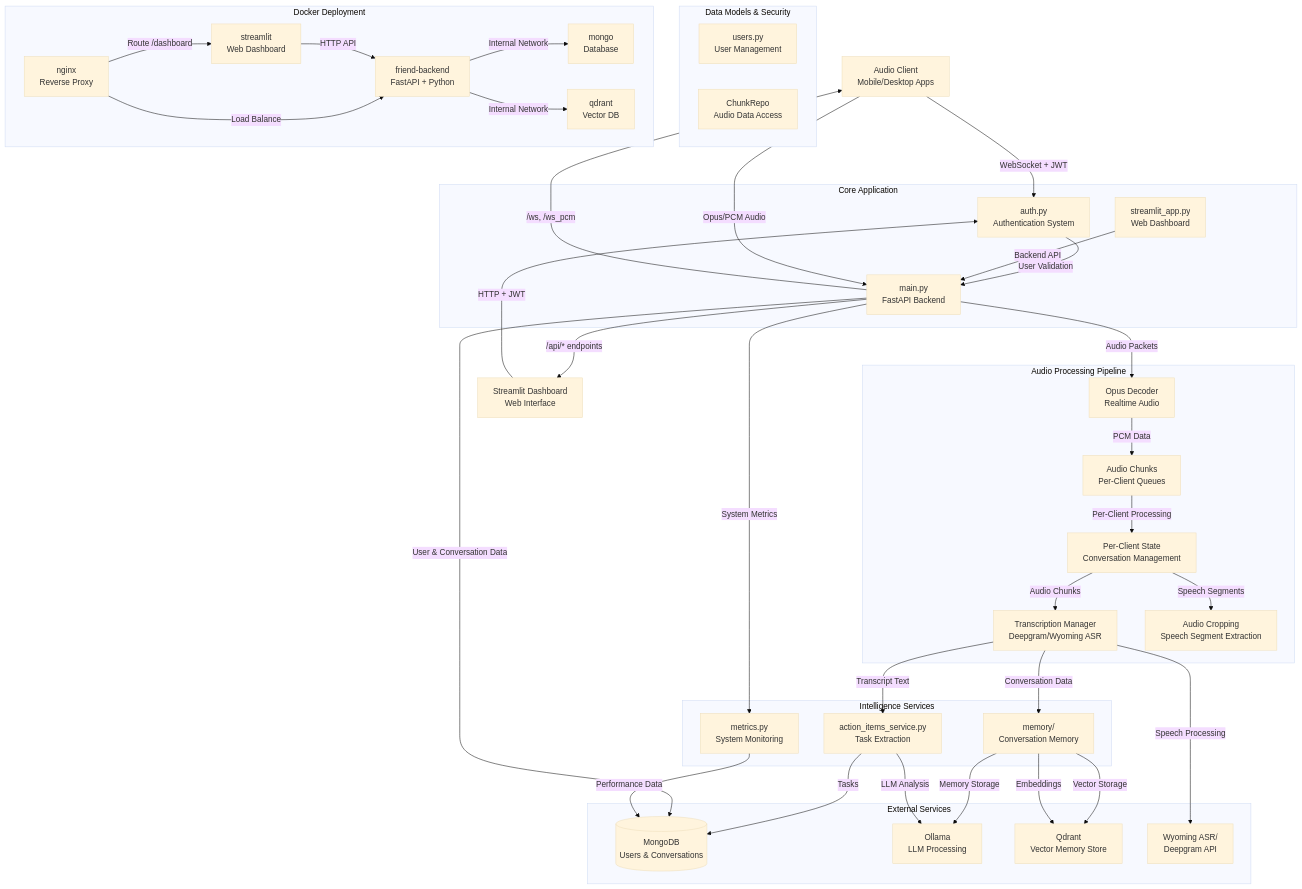
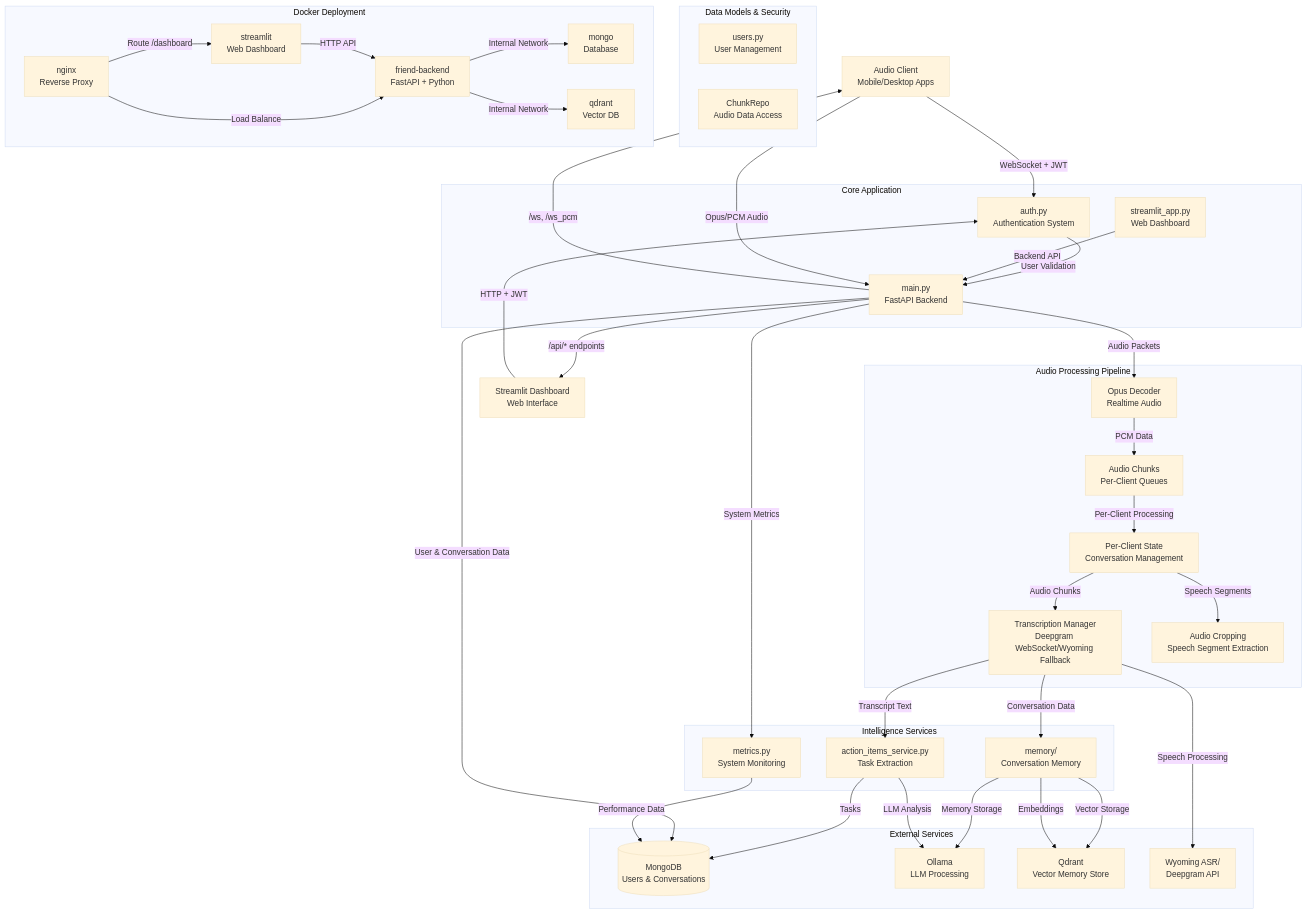
Before and after one commit to AnkushMalaker/friend-lite: the first of 4 diagrams in backends/advanced-backend/Docs/architecture.md, drawn with Mermaid (base theme). The commit also changed other lines of this file and 85 other files, not shown here.

```diff
--- a/backends/advanced-backend/Docs/architecture.md
+++ b/backends/advanced-backend/Docs/architecture.md
@@ -27,7 +27,7 @@
     subgraph "Audio Processing Pipeline"
         OpusDecoder[Opus Decoder<br/>Realtime Audio]
         AudioChunks[Audio Chunks<br/>Per-Client Queues]
-        Transcription[Transcription Manager<br/>Deepgram/Wyoming ASR]
+        Transcription[Transcription Manager<br/>Deepgram WebSocket/Wyoming Fallback]
         ClientState[Per-Client State<br/>Conversation Management]
         AudioCropping[Audio Cropping<br/>Speech Segment Extraction]
     end
```
